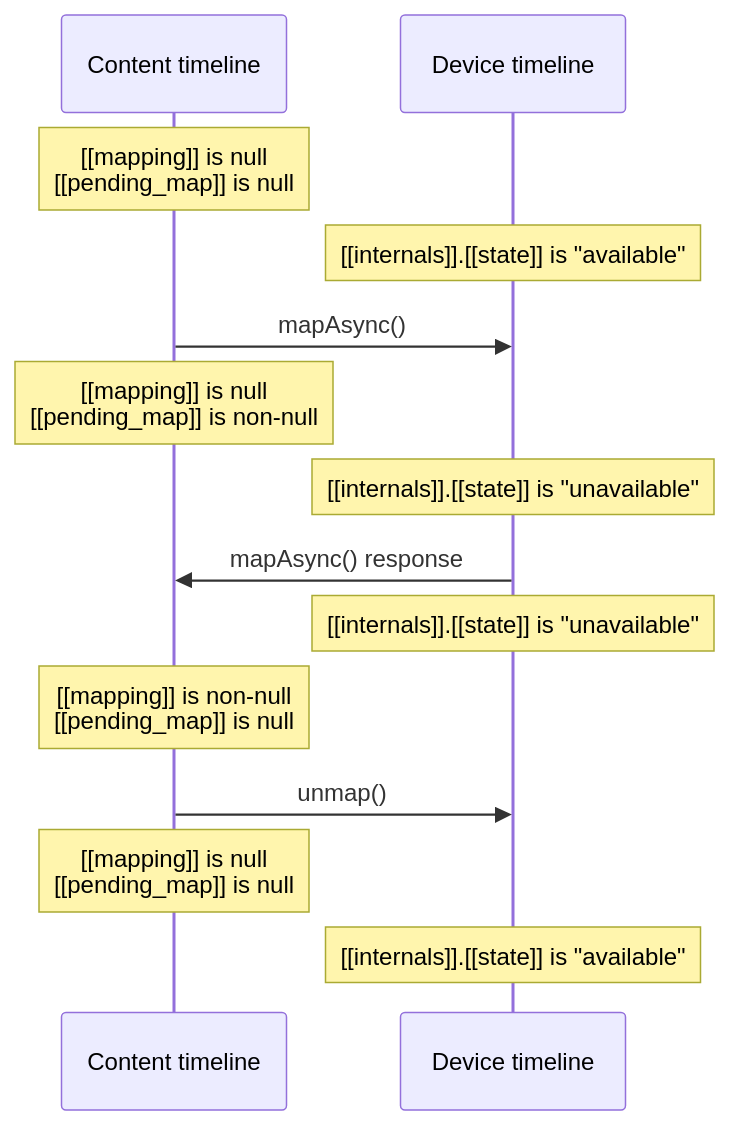
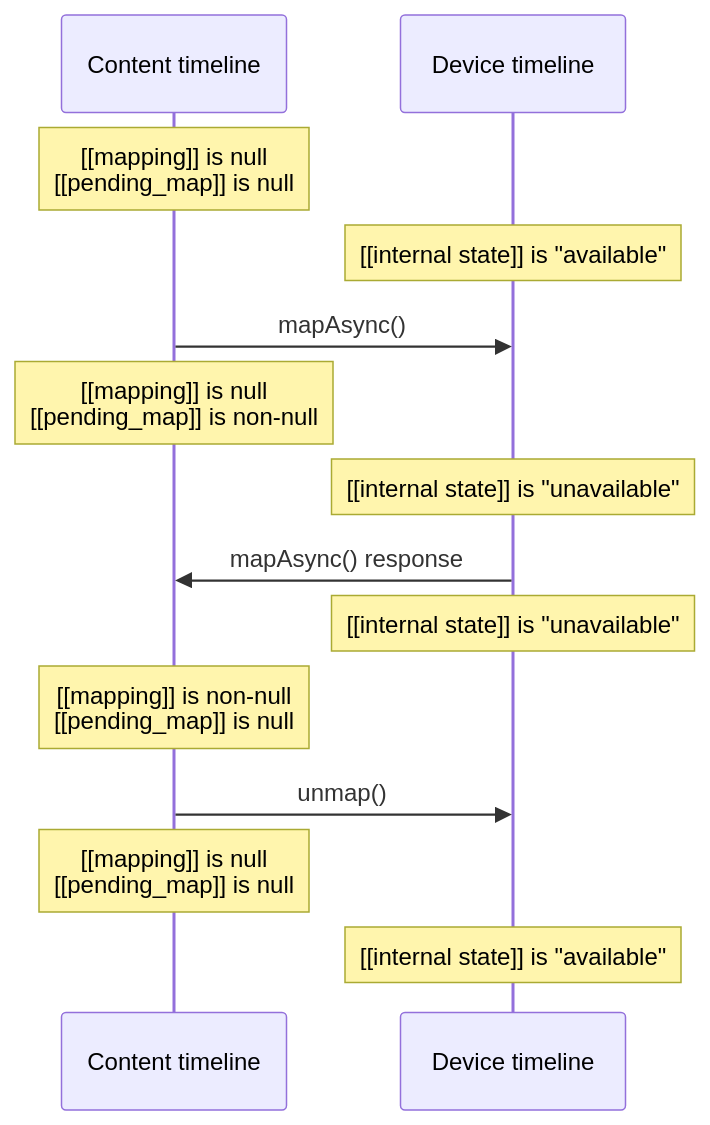
Before and after one commit to gpuweb/gpuweb: the diagram in spec/diagrams/buffer-map-unmap.mmd, drawn with Mermaid. The commit also changed 4 other files, not shown here.

Commit message:
Fix outdated [[internals]].[[state]] in diagrams

```diff
--- a/spec/diagrams/buffer-map-unmap.mmd
+++ b/spec/diagrams/buffer-map-unmap.mmd
@@ -1,12 +1,12 @@
 sequenceDiagram
     Note over Content timeline: [[mapping]] is null<br>[[pending_map]] is null
-    Note over Device timeline: [[internals]].[[state]] is "available"
+    Note over Device timeline: [[internal state]] is "available"
     Content timeline ->> Device timeline: mapAsync()
     Note over Content timeline: [[mapping]] is null<br>[[pending_map]] is non-null
-    Note over Device timeline: [[internals]].[[state]] is "unavailable"
+    Note over Device timeline: [[internal state]] is "unavailable"
     Device timeline ->> Content timeline: mapAsync() response
-    Note over Device timeline: [[internals]].[[state]] is "unavailable"
+    Note over Device timeline: [[internal state]] is "unavailable"
     Note over Content timeline: [[mapping]] is non-null<br>[[pending_map]] is null
     Content timeline ->> Device timeline: unmap()
     Note over Content timeline: [[mapping]] is null<br>[[pending_map]] is null
-    Note over Device timeline: [[internals]].[[state]] is "available"
+    Note over Device timeline: [[internal state]] is "available"
```
